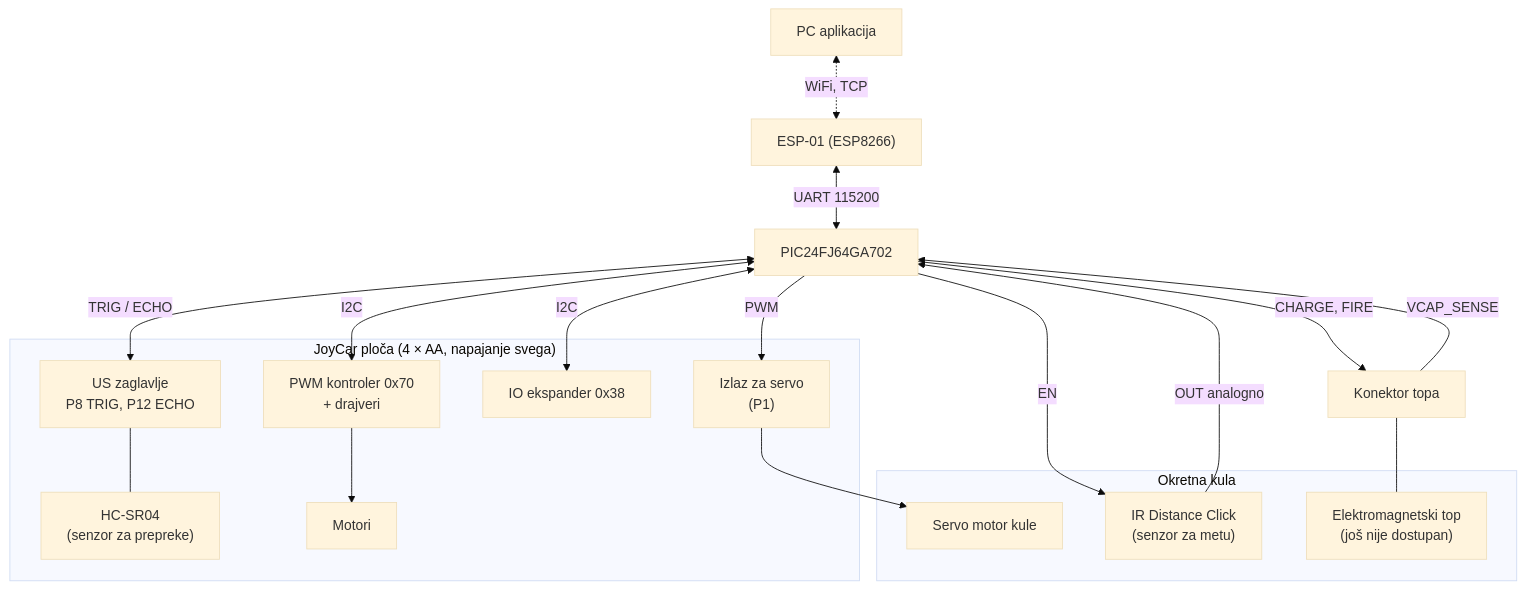
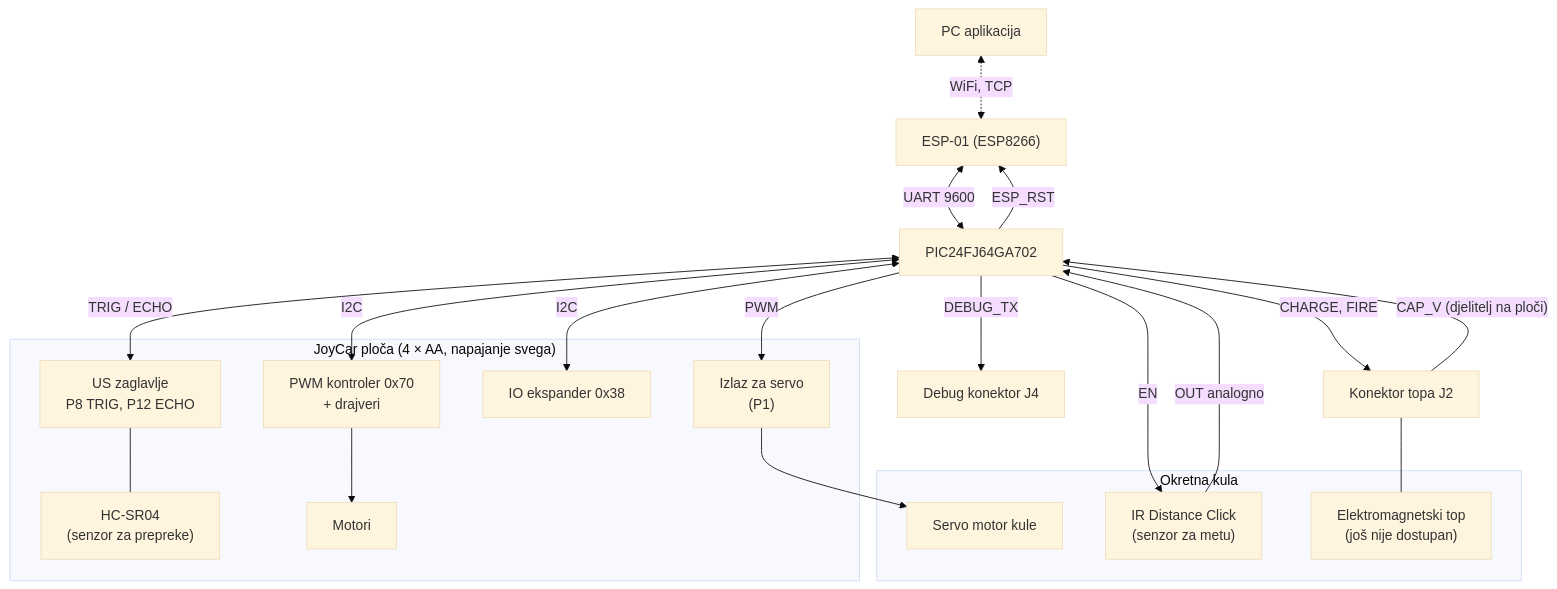
One commit to lukavidic/Vihor changed the first of 2 diagrams in docs/architecture/hardware.md. Above: the diagram before and after it, drawn with Mermaid (base theme). The commit also changed other lines of this file, not shown here.

````diff
--- a/docs/architecture/hardware.md
+++ b/docs/architecture/hardware.md
@@ -26,37 +26,40 @@
 ```mermaid
 flowchart TB
     APP["PC aplikacija"]
     ESP["ESP-01 (ESP8266)"]
     MCU["PIC24FJ64GA702"]
-    CONN["Konektor topa"]
+    CONN["Konektor topa J2"]
+    DBG["Debug konektor J4"]
  
     subgraph JC["JoyCar ploča (4 × AA, napajanje svega)"]
         USH["US zaglavlje<br/>P8 TRIG, P12 ECHO"]
         HCSR["HC-SR04<br/>(senzor za prepreke)"]
         PWM["PWM kontroler 0x70<br/>+ drajveri"]
         IOX["IO ekspander 0x38"]
         MOT["Motori"]
         SRV["Izlaz za servo<br/>(P1)"]
     end
  
     subgraph KULA["Okretna kula"]
         SERVO["Servo motor kule"]
         IR["IR Distance Click<br/>(senzor za metu)"]
         TOP["Elektromagnetski top<br/>(još nije dostupan)"]
     end
  
     APP <-.->|"WiFi, TCP"| ESP
-    ESP <-->|"UART 115200"| MCU
+    ESP <-->|"UART 9600"| MCU
+    MCU -->|"ESP_RST"| ESP
+    MCU -->|"DEBUG_TX"| DBG
     MCU <-->|"I2C"| PWM
     MCU <-->|"I2C"| IOX
     PWM --> MOT
     MCU <-->|"TRIG / ECHO"| USH
     USH --- HCSR
     MCU -->|"PWM"| SRV
     SRV --> SERVO
     IR -->|"OUT analogno"| MCU
     MCU -->|"EN"| IR
     MCU -->|"CHARGE, FIRE"| CONN
-    CONN -->|"VCAP_SENSE"| MCU
+    CONN -->|"CAP_V (djelitelj na ploči)"| MCU
     CONN --- TOP
 ```
````
